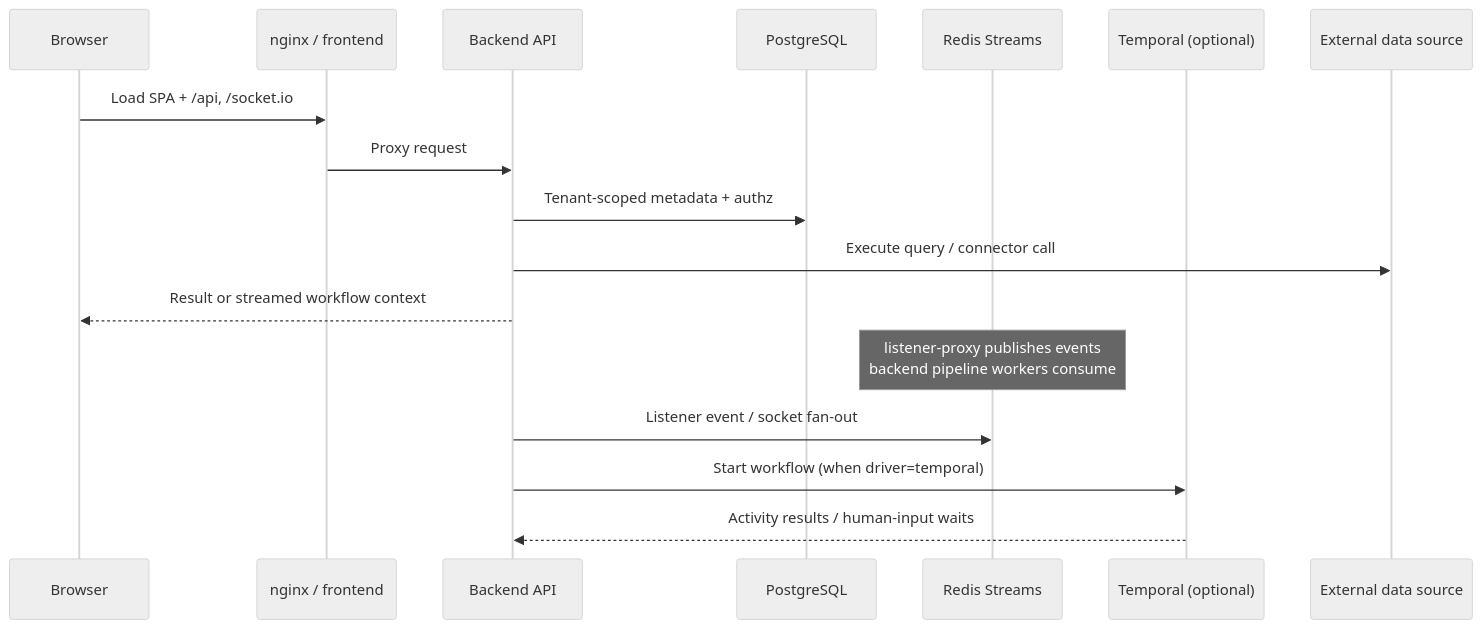
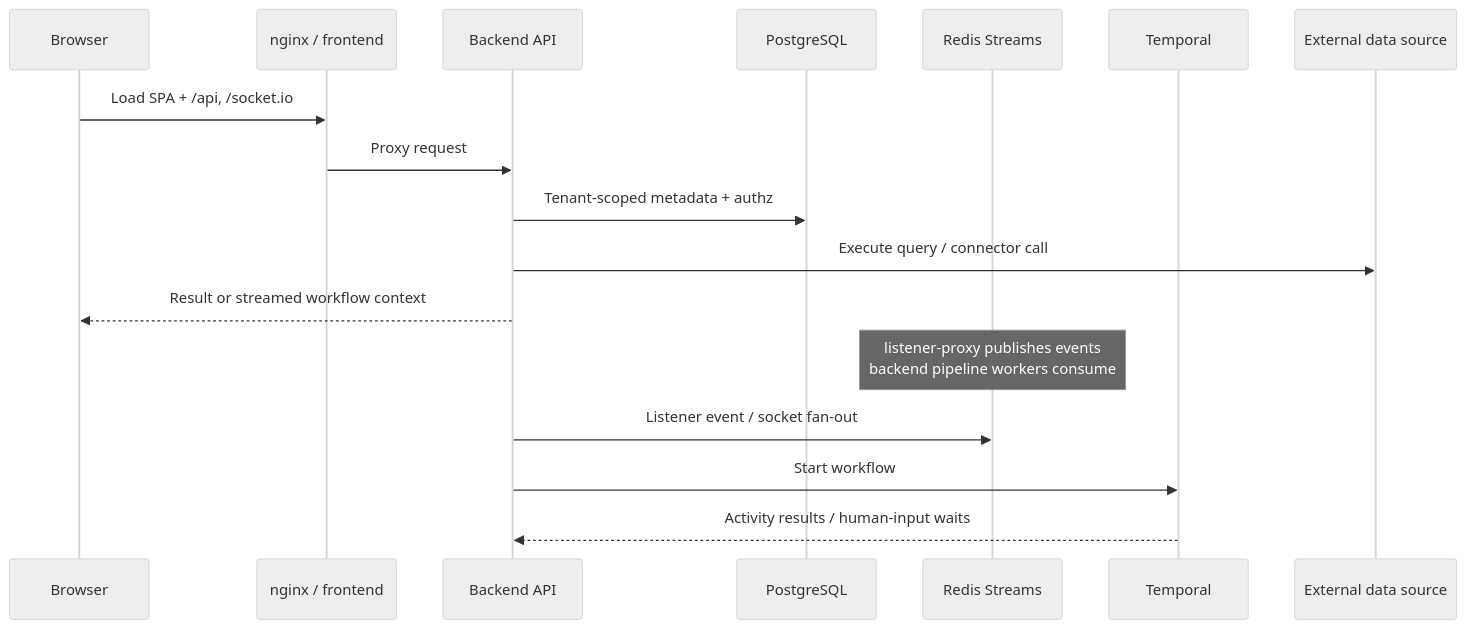
The second of 2 diagrams in docs/docs/introduction/introduction.md (Jet-labs/jet-admin), drawn with Mermaid (neutral theme) before and after one commit. The commit also changed other lines of this file and 10 other files, not shown here.

````diff
--- a/docs/docs/introduction/introduction.md
+++ b/docs/docs/introduction/introduction.md
@@ -100,20 +100,20 @@
 ```mermaid
 sequenceDiagram
     participant B as Browser
     participant N as nginx / frontend
     participant A as Backend API
     participant P as PostgreSQL
     participant R as Redis Streams
-    participant T as Temporal (optional)
+    participant T as Temporal
     participant X as External data source
 
     B->>N: Load SPA + /api, /socket.io
     N->>A: Proxy request
     A->>P: Tenant-scoped metadata + authz
     A->>X: Execute query / connector call
     A-->>B: Result or streamed workflow context
     Note over R: listener-proxy publishes events<br/>backend pipeline workers consume
     A->>R: Listener event / socket fan-out
-    A->>T: Start workflow (when driver=temporal)
+    A->>T: Start workflow
     T-->>A: Activity results / human-input waits
 ```
````
